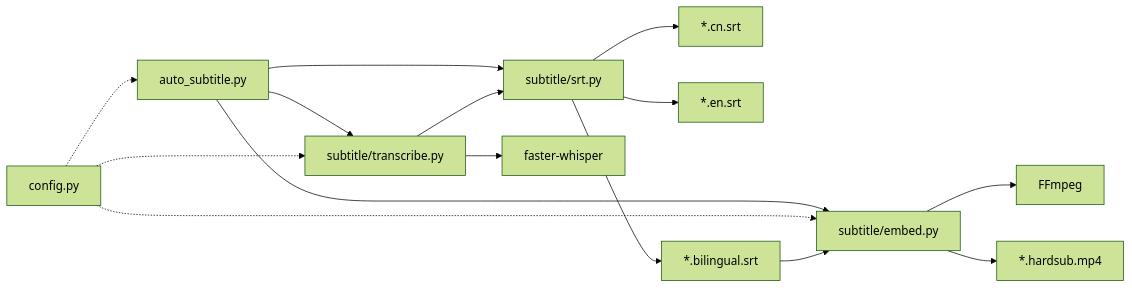
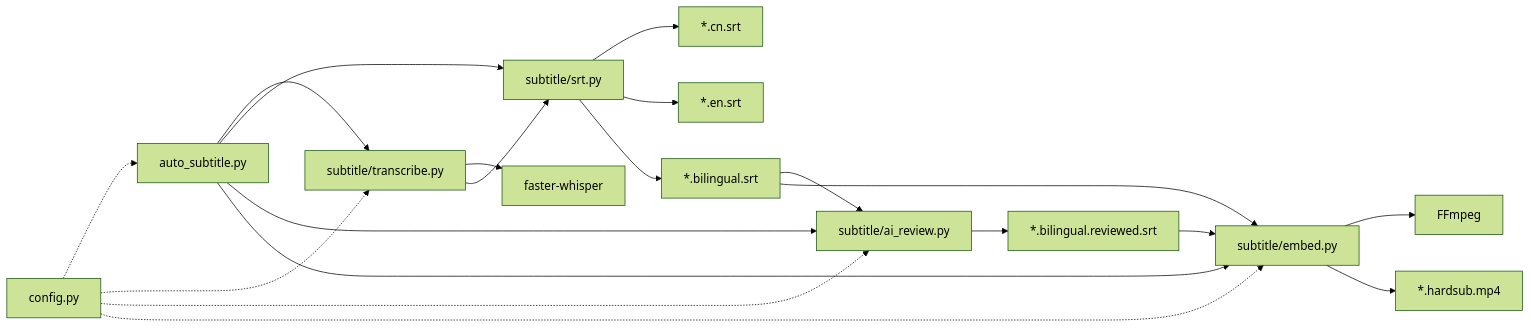
Before and after one commit to Chajian/SubtitlePipeline: the second of 2 diagrams in README.md, drawn with Mermaid (forest theme). The commit also changed other lines of this file and 19 other files, not shown here.

Commit message:
feat: add AI-reviewed subtitle workflow and provider env loading

````diff
--- a/README.md
+++ b/README.md
@@ -144,29 +181,36 @@
 ```mermaid
 flowchart LR
     A[auto_subtitle.py]
     B[config.py]
     C[subtitle/transcribe.py]
     D[subtitle/srt.py]
-    E[subtitle/embed.py]
-    F[faster-whisper]
-    G[FFmpeg]
-    H[*.cn.srt]
-    I[*.en.srt]
-    J[*.bilingual.srt]
-    K[*.hardsub.mp4]
+    E[subtitle/ai_review.py]
+    F[subtitle/embed.py]
+    G[faster-whisper]
+    H[FFmpeg]
+    I[*.cn.srt]
+    J[*.en.srt]
+    K[*.bilingual.srt]
+    L[*.bilingual.reviewed.srt]
+    M[*.hardsub.mp4]
 
     A --> C
     A --> D
     A --> E
+    A --> F
     B -.-> A
     B -.-> C
     B -.-> E
-    C --> F
+    B -.-> F
+    C --> G
     C --> D
-    D --> H
     D --> I
     D --> J
-    E --> G
-    J --> E
-    E --> K
+    D --> K
+    E --> L
+    K --> E
+    K --> F
+    L --> F
+    F --> H
+    F --> M
 ```
````
